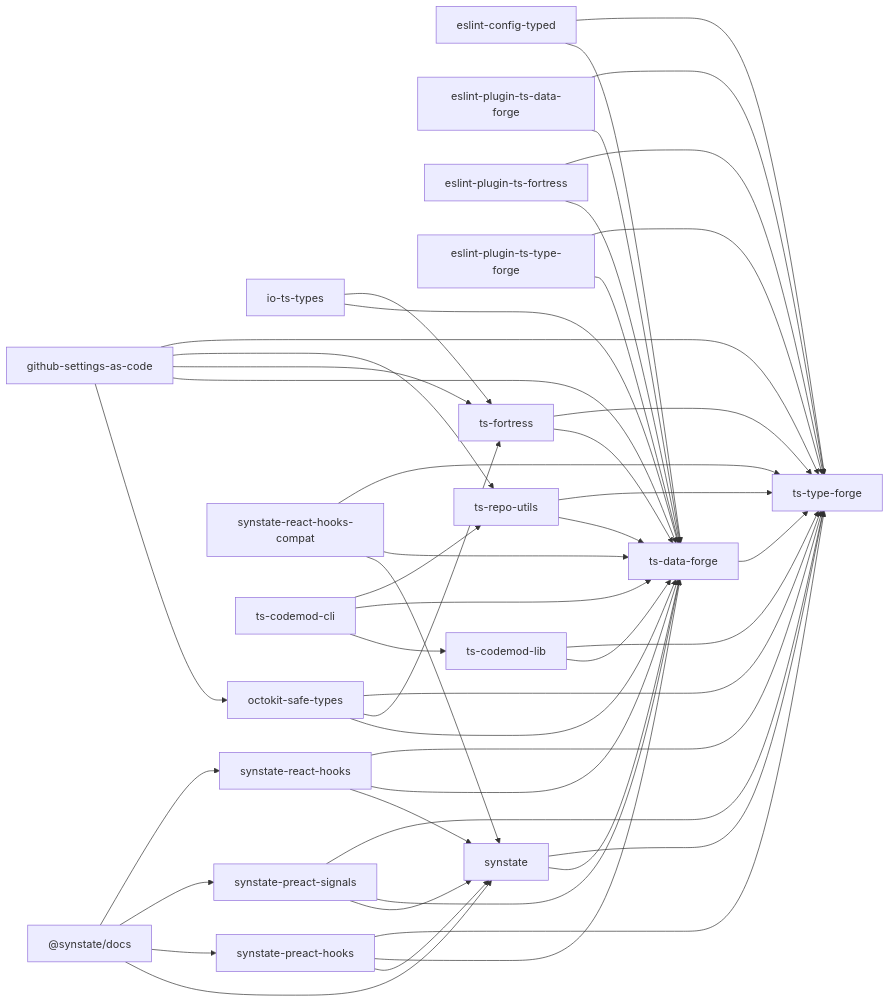
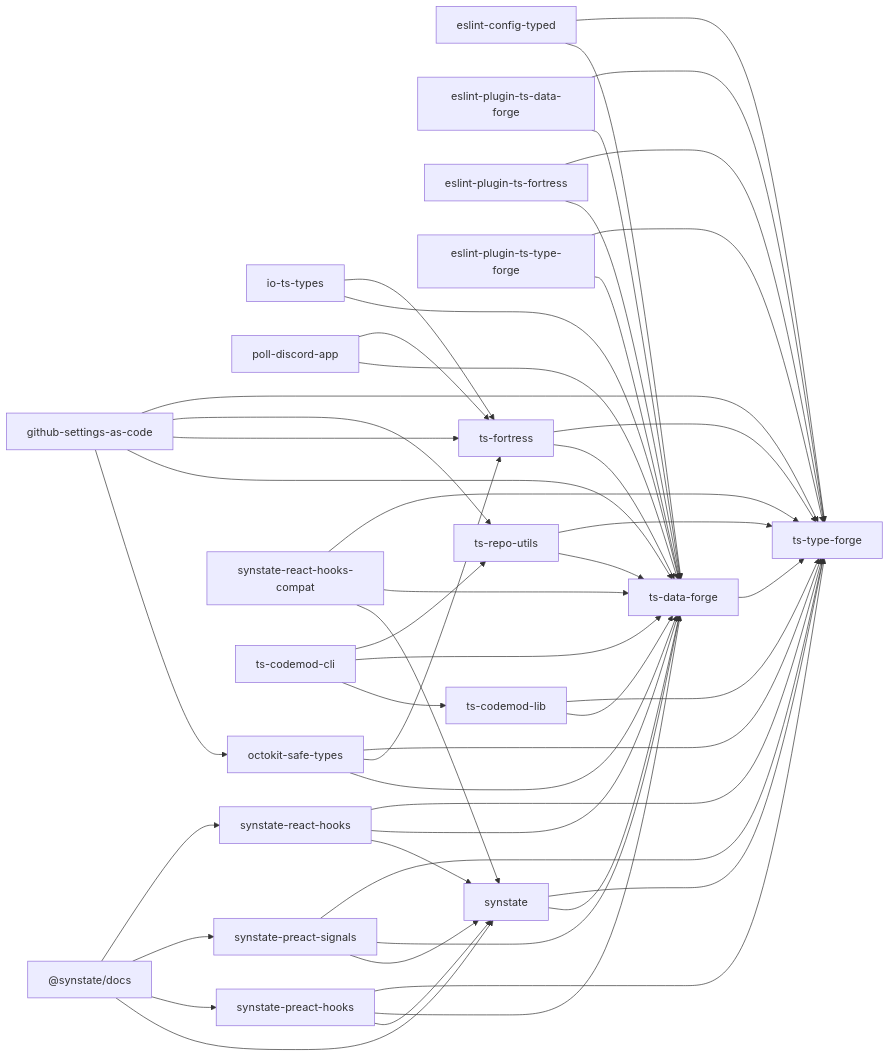
The diagram in docs/package-dependencies.md (noshiro-pf/mono), drawn with Mermaid before and after one commit. The commit also changed other lines of this file and 57 other files, not shown here.

First line of the commit message:
feat: restore poll-discord-app from experimental/

````diff
--- a/docs/package-dependencies.md
+++ b/docs/package-dependencies.md
@@ -13,68 +13,71 @@
 ```mermaid
 graph LR
   io_ts_types["io-ts-types"]
+  poll_discord_app["poll-discord-app"]
   _synstate_docs["@synstate/docs"]
   eslint_config_typed["eslint-config-typed"]
   eslint_plugin_ts_data_forge["eslint-plugin-ts-data-forge"]
   eslint_plugin_ts_fortress["eslint-plugin-ts-fortress"]
   eslint_plugin_ts_type_forge["eslint-plugin-ts-type-forge"]
   github_settings_as_code["github-settings-as-code"]
   octokit_safe_types["octokit-safe-types"]
   synstate["synstate"]
   synstate_preact_hooks["synstate-preact-hooks"]
   synstate_preact_signals["synstate-preact-signals"]
   synstate_react_hooks["synstate-react-hooks"]
   synstate_react_hooks_compat["synstate-react-hooks-compat"]
   ts_codemod_cli["ts-codemod-cli"]
   ts_codemod_lib["ts-codemod-lib"]
   ts_data_forge["ts-data-forge"]
   ts_fortress["ts-fortress"]
   ts_repo_utils["ts-repo-utils"]
   ts_type_forge["ts-type-forge"]
   io_ts_types --> ts_data_forge
   io_ts_types --> ts_fortress
+  poll_discord_app --> ts_data_forge
+  poll_discord_app --> ts_fortress
   _synstate_docs --> synstate
   _synstate_docs --> synstate_preact_hooks
   _synstate_docs --> synstate_preact_signals
   _synstate_docs --> synstate_react_hooks
   eslint_config_typed --> ts_data_forge
   eslint_config_typed --> ts_type_forge
   eslint_plugin_ts_data_forge --> ts_data_forge
   eslint_plugin_ts_data_forge --> ts_type_forge
   eslint_plugin_ts_fortress --> ts_data_forge
   eslint_plugin_ts_fortress --> ts_type_forge
   eslint_plugin_ts_type_forge --> ts_data_forge
   eslint_plugin_ts_type_forge --> ts_type_forge
   github_settings_as_code --> octokit_safe_types
   github_settings_as_code --> ts_data_forge
   github_settings_as_code --> ts_fortress
   github_settings_as_code --> ts_repo_utils
   github_settings_as_code --> ts_type_forge
   octokit_safe_types --> ts_data_forge
   octokit_safe_types --> ts_fortress
   octokit_safe_types --> ts_type_forge
   synstate --> ts_data_forge
   synstate --> ts_type_forge
   synstate_preact_hooks --> synstate
   synstate_preact_hooks --> ts_data_forge
   synstate_preact_hooks --> ts_type_forge
   synstate_preact_signals --> synstate
   synstate_preact_signals --> ts_data_forge
   synstate_preact_signals --> ts_type_forge
   synstate_react_hooks --> synstate
   synstate_react_hooks --> ts_data_forge
   synstate_react_hooks --> ts_type_forge
   synstate_react_hooks_compat --> synstate
   synstate_react_hooks_compat --> ts_data_forge
   synstate_react_hooks_compat --> ts_type_forge
   ts_codemod_cli --> ts_codemod_lib
   ts_codemod_cli --> ts_data_forge
   ts_codemod_cli --> ts_repo_utils
   ts_codemod_lib --> ts_data_forge
   ts_codemod_lib --> ts_type_forge
   ts_data_forge --> ts_type_forge
   ts_fortress --> ts_data_forge
   ts_fortress --> ts_type_forge
   ts_repo_utils --> ts_data_forge
   ts_repo_utils --> ts_type_forge
 ```
````
